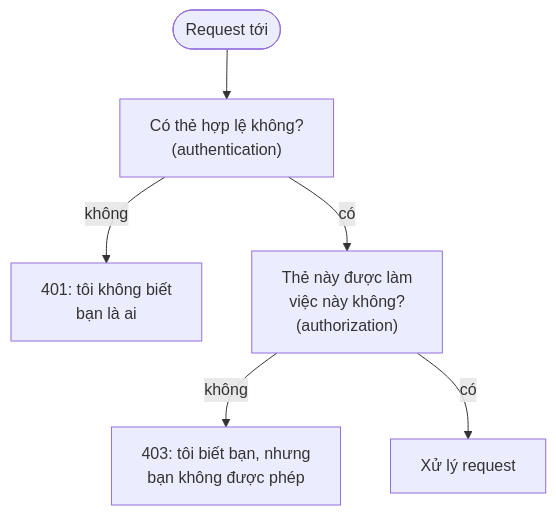
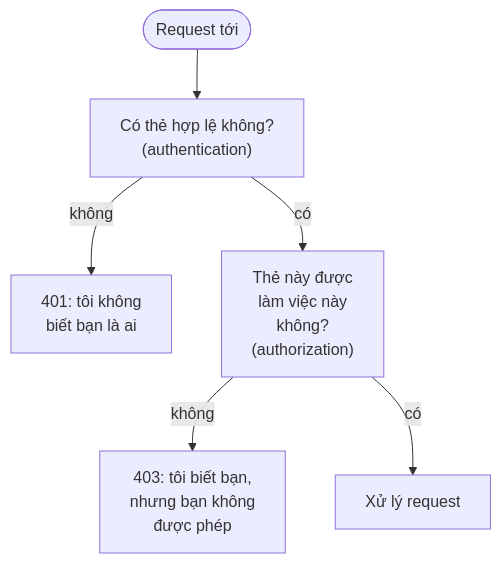
One commit to duongbui234/software-engineering-atlas changed the first of 3 diagrams in content/posts/2026-11-18-api-security.md. Above: the diagram before and after it, drawn with Mermaid. The commit also changed other lines of this file and 134 other files, not shown here.

First line of the commit message:
Fit every Mermaid diagram at 390px without sideways scroll (#56)

````diff
--- a/content/posts/2026-11-18-api-security.md
+++ b/content/posts/2026-11-18-api-security.md
@@ -57,8 +57,8 @@
 ```mermaid
 flowchart TB
     R([Request tới]) --> A["Có thẻ hợp lệ không?<br/>(authentication)"]
-    A -- không --> E1["401: tôi không biết<br/>bạn là ai"]
-    A -- có --> B["Thẻ này được làm<br/>việc này không?<br/>(authorization)"]
-    B -- không --> E2["403: tôi biết bạn, nhưng<br/>bạn không được phép"]
+    A -- không --> E1["401: tôi không<br/>biết bạn là ai"]
+    A -- có --> B["Thẻ này được<br/>làm việc này<br/>không?<br/>(authorization)"]
+    B -- không --> E2["403: tôi biết bạn,<br/>nhưng bạn không<br/>được phép"]
     B -- có --> C["Xử lý request"]
 ```
````
